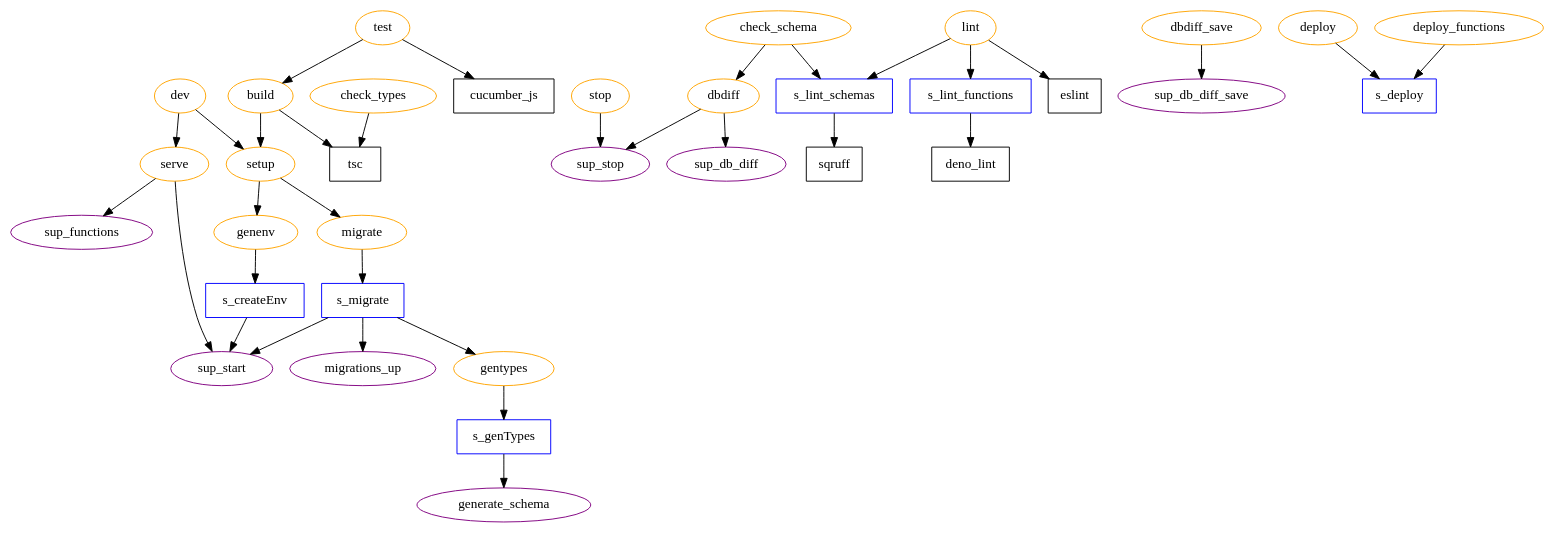
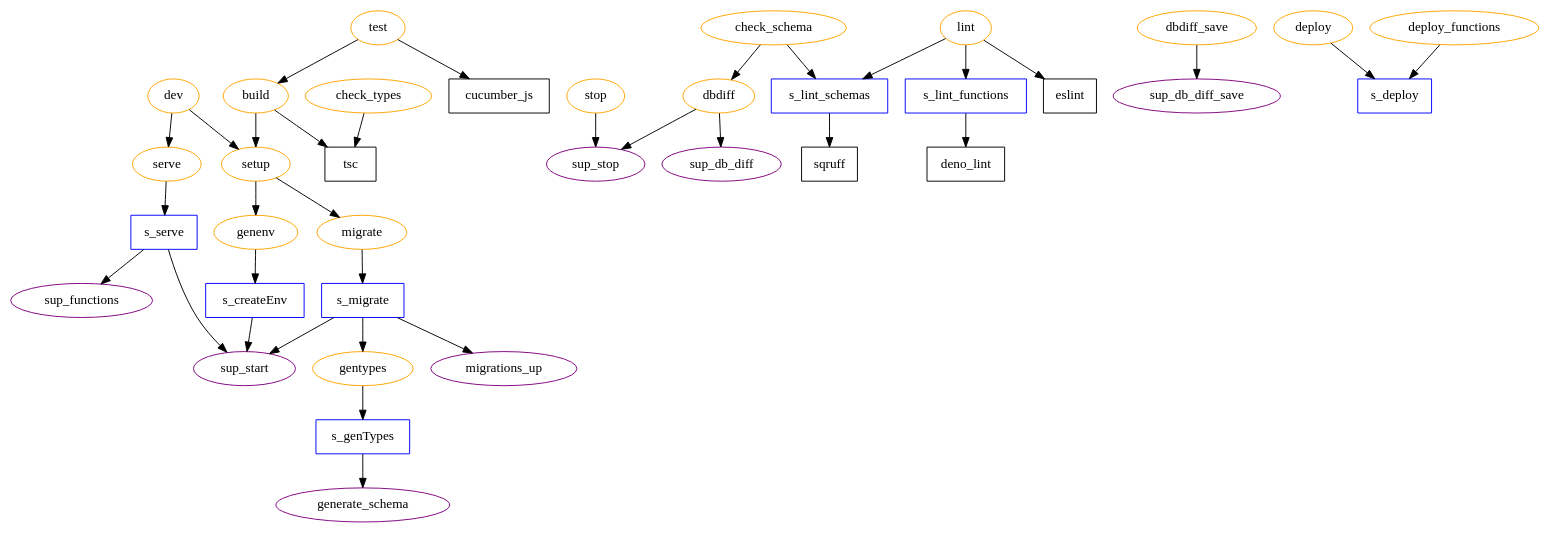
Before and after one commit to DiscourseGraphs/discourse-graph: the diagram in packages/database/doc/tasks.dot, drawn with Graphviz. The commit also changed 2 other files, not shown here.

Commit message:
serve in a script that detects no database

```diff
--- a/packages/database/doc/tasks.dot
+++ b/packages/database/doc/tasks.dot
@@ -1,84 +1,86 @@
 DiGraph G {
 
 /* package-level tasks */
 
 node [color=orange]
 
 dev
 setup
 serve
 stop
 check_types
 check_schema
 lint
 build
 test
 genenv
 dbdiff
 dbdiff_save
 deploy
 deploy_functions
 migrate
 gentypes
 
 /* supabase functions */
 node [color=purple]
 
 sup_db_diff_save
 sup_db_diff
 sup_functions
 sup_start
 sup_stop
 migrations_up
 generate_schema
 
 
 
 /* scripts */
 node [color=blue; shape=rectangle]
 
 s_createEnv
 s_genTypes
 s_migrate
 s_lint_schemas
 s_lint_functions
 s_deploy
+s_serve
 
 /* Other scripts */
 node [color=black]
 sqruff
 deno_lint
 tsc
 cucumber_js
 
 /* links */
 
     migrate -> s_migrate -> gentypes -> s_genTypes
     s_migrate -> migrations_up
     dev -> setup
     dev -> serve
     setup -> genenv
     setup -> migrate
-    serve -> sup_start
-    serve -> sup_functions
+    serve -> s_serve
+    s_serve -> sup_start
+    s_serve -> sup_functions
     s_createEnv -> sup_start
     stop -> sup_stop
     check_types -> tsc
     check_schema -> s_lint_schemas
     check_schema -> dbdiff
     lint -> eslint
     lint -> s_lint_functions -> deno_lint
     lint -> s_lint_schemas -> sqruff
     test -> build
     test -> cucumber_js
     genenv -> s_createEnv
     dbdiff -> sup_stop
     dbdiff -> sup_db_diff
     dbdiff_save -> sup_db_diff_save
     deploy -> s_deploy
     deploy_functions -> s_deploy
     build -> setup
     build -> tsc
     s_genTypes -> generate_schema
     s_migrate -> sup_start
 }
```
